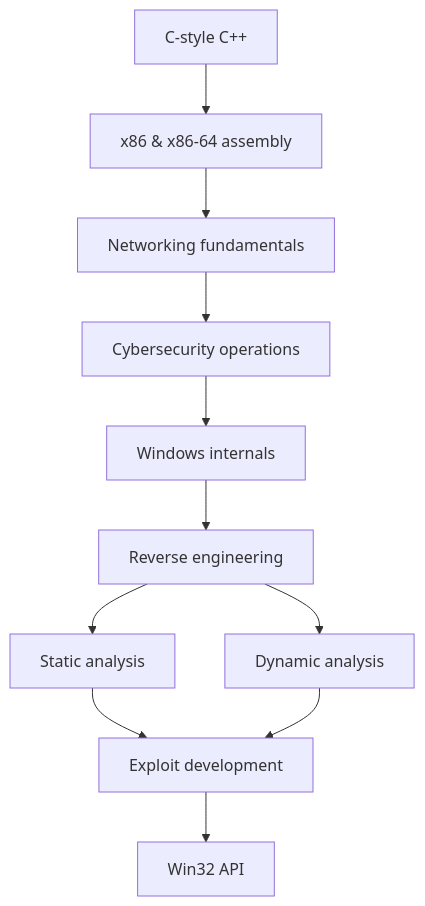
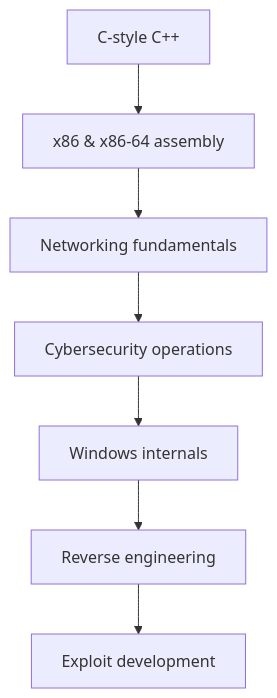
Before and after one commit to grimy86/CCI25: the diagram in readme.md, drawn with Mermaid. The commit also changed other lines of this file and 3 other files, not shown here.

````diff
--- a/readme.md
+++ b/readme.md
@@ -17,13 +17,9 @@
 ```mermaid
 graph TD;
 	cpp[C-style C++] --> x86-64[x86 & x86-64 assembly]
 	x86-64 --> nf[Networking fundamentals]
     nf --> csec[Cybersecurity operations]
 	csec --> winint[Windows internals]
 	winint --> re[Reverse engineering]
-	re --> sa[Static analysis]
-	re --> da[Dynamic analysis]
-	sa --> ed[Exploit development]
-	da --> ed
-	ed --> api[Win32 API]
+	re --> ed[Exploit development]
 ```
````
